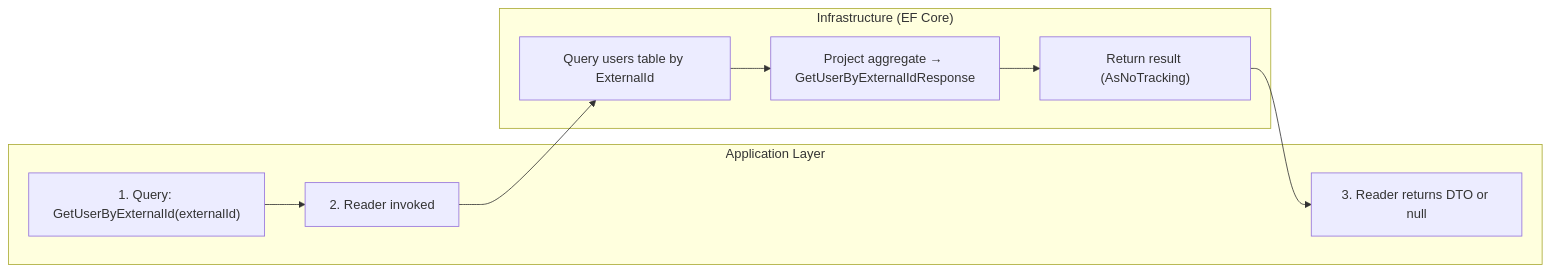
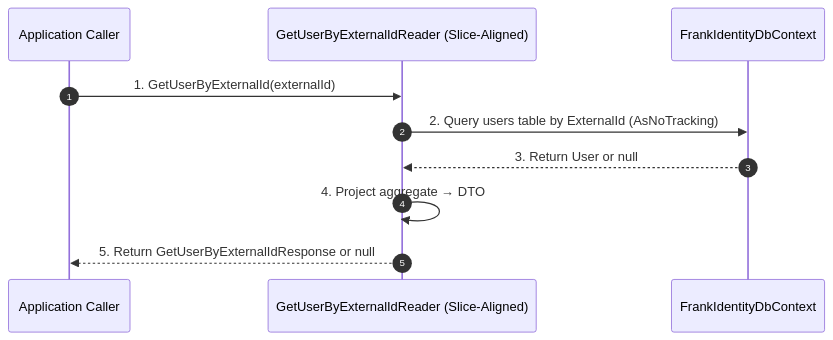
One commit to FrankJHughes/camp-fit-fur-dogs changed the diagram in docs/Frank/Identity/guides/developer/users/get-user-by-external-id/README.md. Above: the diagram before and after it, drawn with Mermaid. The commit also changed other lines of this file and 20 other files, not shown here.

Commit message:
document: use sequence instead of swimlane diagrams and add the top level developer guide for frank identity

````diff
--- a/docs/Frank/Identity/guides/developer/users/get-user-by-external-id/README.md
+++ b/docs/Frank/Identity/guides/developer/users/get-user-by-external-id/README.md
@@ -13,16 +13,14 @@
 ```mermaid
-flowchart LR
-    subgraph APP["Application Layer"]
-        A1["1. Query: GetUserByExternalId(externalId)"]
-        A2["2. Reader invoked"]
-        A3["3. Reader returns DTO or null"]
-    end
+sequenceDiagram
+    autonumber
 
-    subgraph INFRA["Infrastructure (EF Core)"]
-        I1["Query users table by ExternalId"]
-        I2["Project aggregate → GetUserByExternalIdResponse"]
-        I3["Return result (AsNoTracking)"]
-    end
+    participant CALLER as Application Caller
+    participant READER as GetUserByExternalIdReader (Slice-Aligned)
+    participant DB as FrankIdentityDbContext
 
-    A1 --> A2 --> I1 --> I2 --> I3 --> A3
+    CALLER->>READER: 1. GetUserByExternalId(externalId)
+    READER->>DB: 2. Query users table by ExternalId (AsNoTracking)
+    DB-->>READER: 3. Return User or null
+    READER->>READER: 4. Project aggregate → DTO
+    READER-->>CALLER: 5. Return GetUserByExternalIdResponse or null
 ```
````
